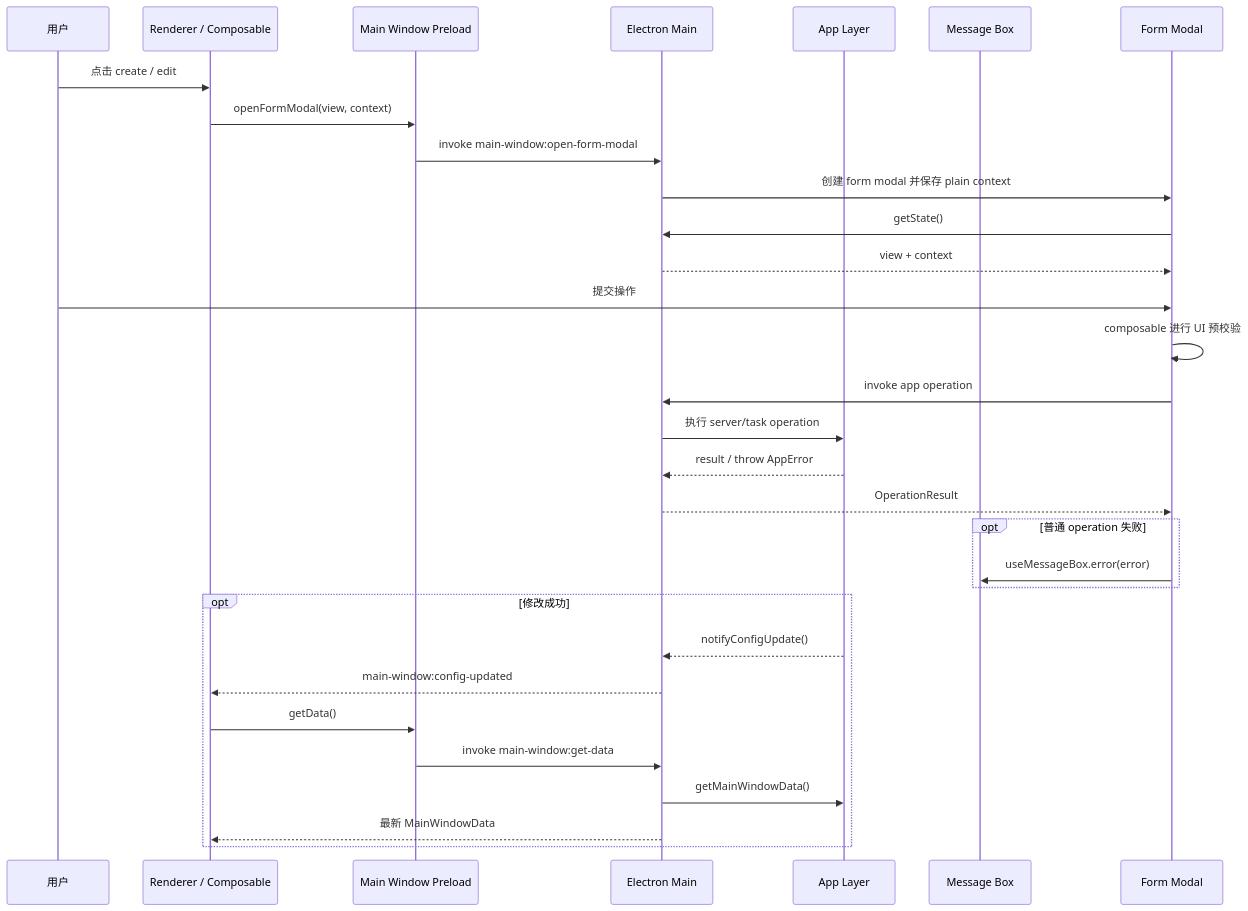
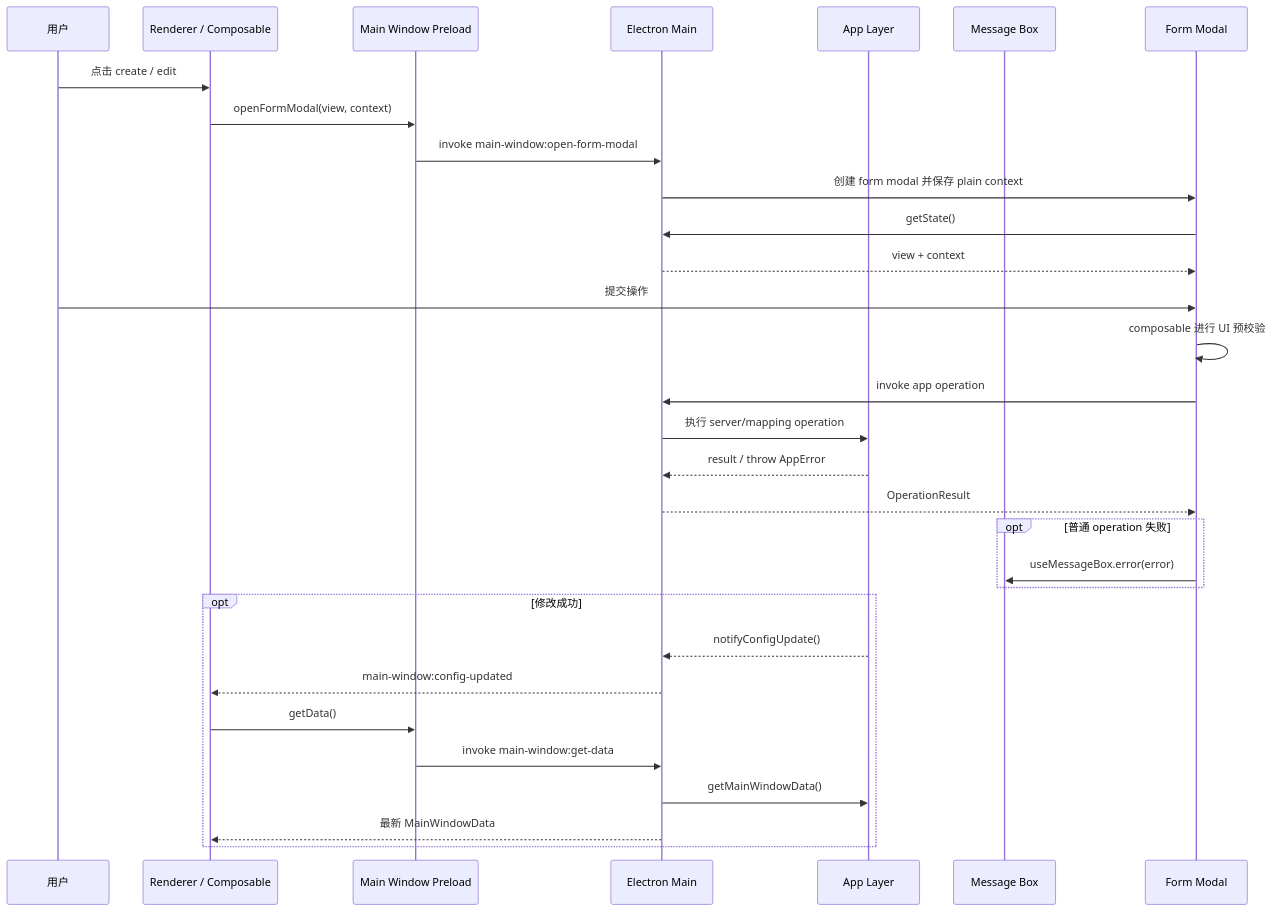
Before and after one commit to agalloch21/sync-with-rclone: diagram 12 of 15 in docs/Flows.md, drawn with Mermaid. The commit also changed other lines of this file and 68 other files, not shown here.

Commit message:
rename syncTask to mapping

````diff
--- a/docs/Flows.md
+++ b/docs/Flows.md
@@ -342,34 +342,34 @@
 ```mermaid
 sequenceDiagram
   participant U as 用户
   participant R as Renderer / Composable
   participant MP as Main Window Preload
   participant EM as Electron Main
   participant APP as App Layer
   participant MB as Message Box
   participant M as Form Modal
 
   U->>R: 点击 create / edit
   R->>MP: openFormModal(view, context)
   MP->>EM: invoke main-window:open-form-modal
   EM->>M: 创建 form modal 并保存 plain context
   M->>EM: getState()
   EM-->>M: view + context
   U->>M: 提交操作
   M->>M: composable 进行 UI 预校验
   M->>EM: invoke app operation
-  EM->>APP: 执行 server/task operation
+  EM->>APP: 执行 server/mapping operation
   APP-->>EM: result / throw AppError
   EM-->>M: OperationResult
   opt 普通 operation 失败
     M->>MB: useMessageBox.error(error)
   end
   opt 修改成功
     APP-->>EM: notifyConfigUpdate()
     EM-->>R: main-window:config-updated
     R->>MP: getData()
     MP->>EM: invoke main-window:get-data
     EM->>APP: getMainWindowData()
     EM-->>R: 最新 MainWindowData
   end
 ```
````
